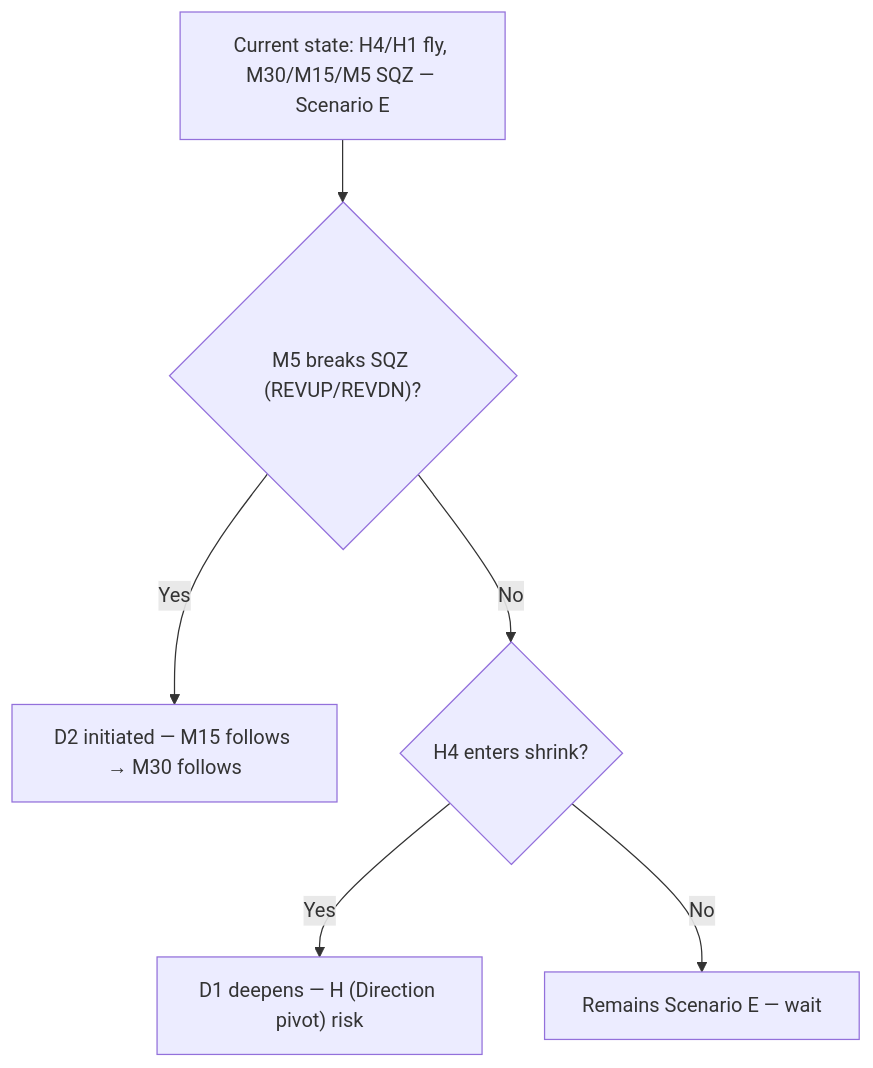
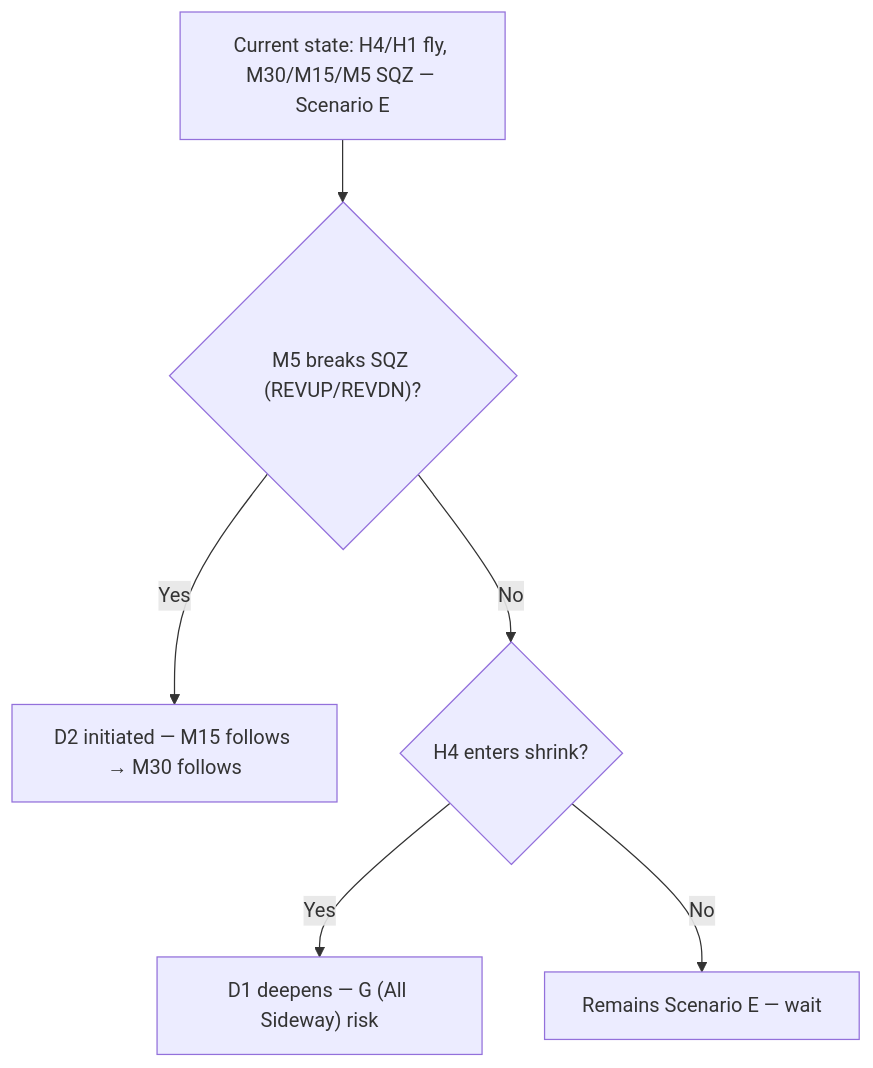
Before and after one commit to Terrypang89/BB_MTF_M15_STRATEGY: diagram 13 of 23 in references/backtest_chart_analysis.md, drawn with Mermaid. The commit also changed other lines of this file, not shown here.

````diff
--- a/references/backtest_chart_analysis.md
+++ b/references/backtest_chart_analysis.md
@@ -2051,9 +1584,9 @@
 ```mermaid
 flowchart TD
     A["Current state: H4/H1 fly, M30/M15/M5 SQZ — Scenario E"]
     A --> B{"M5 breaks SQZ (REVUP/REVDN)?"}
     B -->|Yes| C["D2 initiated — M15 follows → M30 follows"]
     B -->|No| D{"H4 enters shrink?"}
-    D -->|Yes| E["D1 deepens — H (Direction pivot) risk"]
+    D -->|Yes| E["D1 deepens — G (All Sideway) risk"]
     D -->|No| F["Remains Scenario E — wait"]
 ```
````
